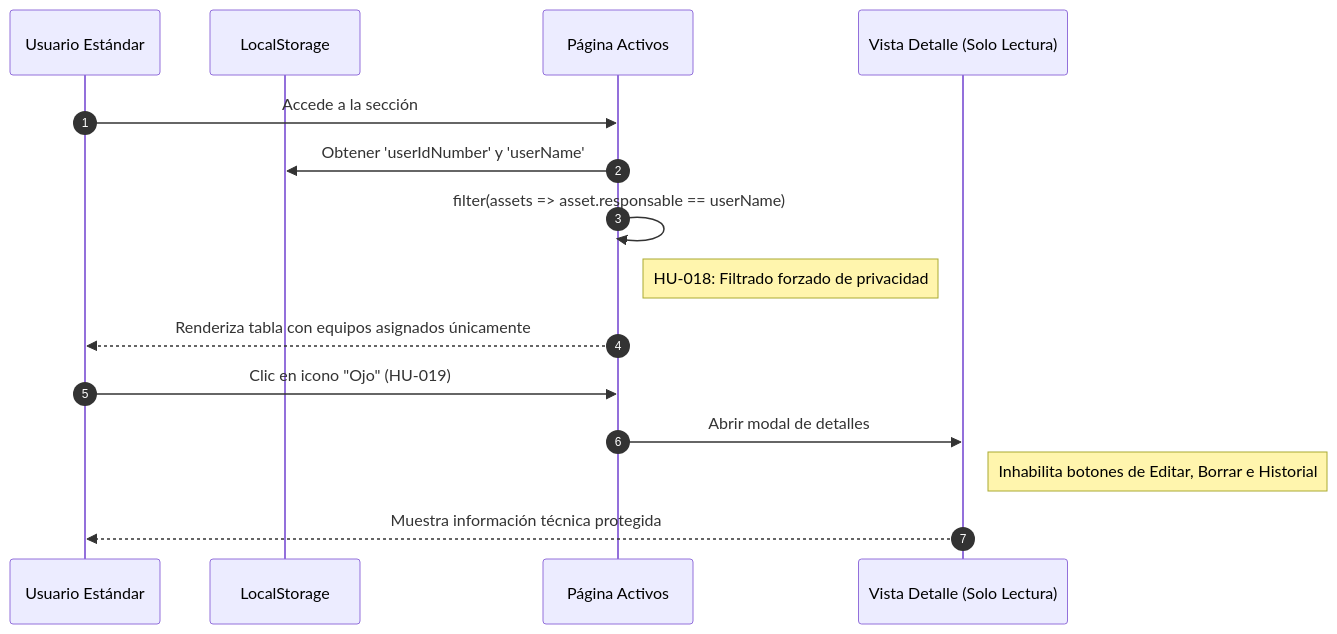
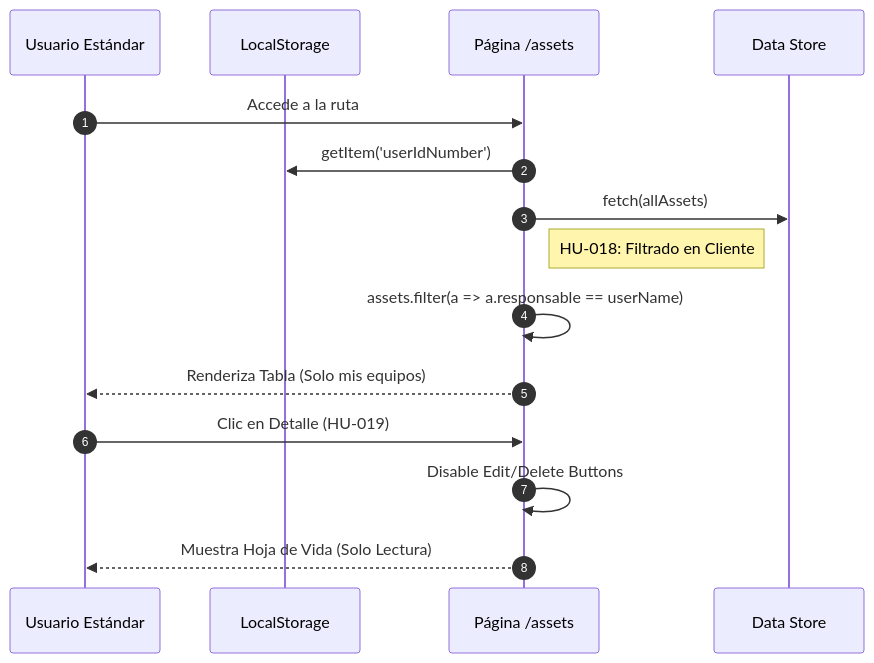
One commit to KaicerPirata/Proyecto changed the fourth of 4 diagrams in DIAGRAMAS.md. Above: the diagram before and after it, drawn with Mermaid. The commit also changed other lines of this file, not shown here.

Commit message:
ayudame con un diagrama de clases del sistema bien detallado y especific

````diff
--- a/DIAGRAMAS.md
+++ b/DIAGRAMAS.md
@@ -154,18 +151,19 @@
 ```mermaid
 sequenceDiagram
     autonumber
     participant U as Usuario Estándar
     participant S as LocalStorage
-    participant P as Página Activos
-    participant VD as Vista Detalle (Solo Lectura)
+    participant P as Página /assets
+    participant DB as Data Store
 
-    U->>P: Accede a la sección
-    P->>S: Obtener 'userIdNumber' y 'userName'
-    P->>P: filter(assets => asset.responsable == userName)
-    Note right of P: HU-018: Filtrado forzado de privacidad
-    P-->>U: Renderiza tabla con equipos asignados únicamente
-    U->>P: Clic en icono "Ojo" (HU-019)
-    P->>VD: Abrir modal de detalles
-    Note right of VD: Inhabilita botones de Editar, Borrar e Historial
-    VD-->>U: Muestra información técnica protegida
+    U->>P: Accede a la ruta
+    P->>S: getItem('userIdNumber')
+    P->>DB: fetch(allAssets)
+    Note right of P: HU-018: Filtrado en Cliente
+    P->>P: assets.filter(a => a.responsable == userName)
+    P-->>U: Renderiza Tabla (Solo mis equipos)
+    
+    U->>P: Clic en Detalle (HU-019)
+    P->>P: Disable Edit/Delete Buttons
+    P-->>U: Muestra Hoja de Vida (Solo Lectura)
 ```
````
